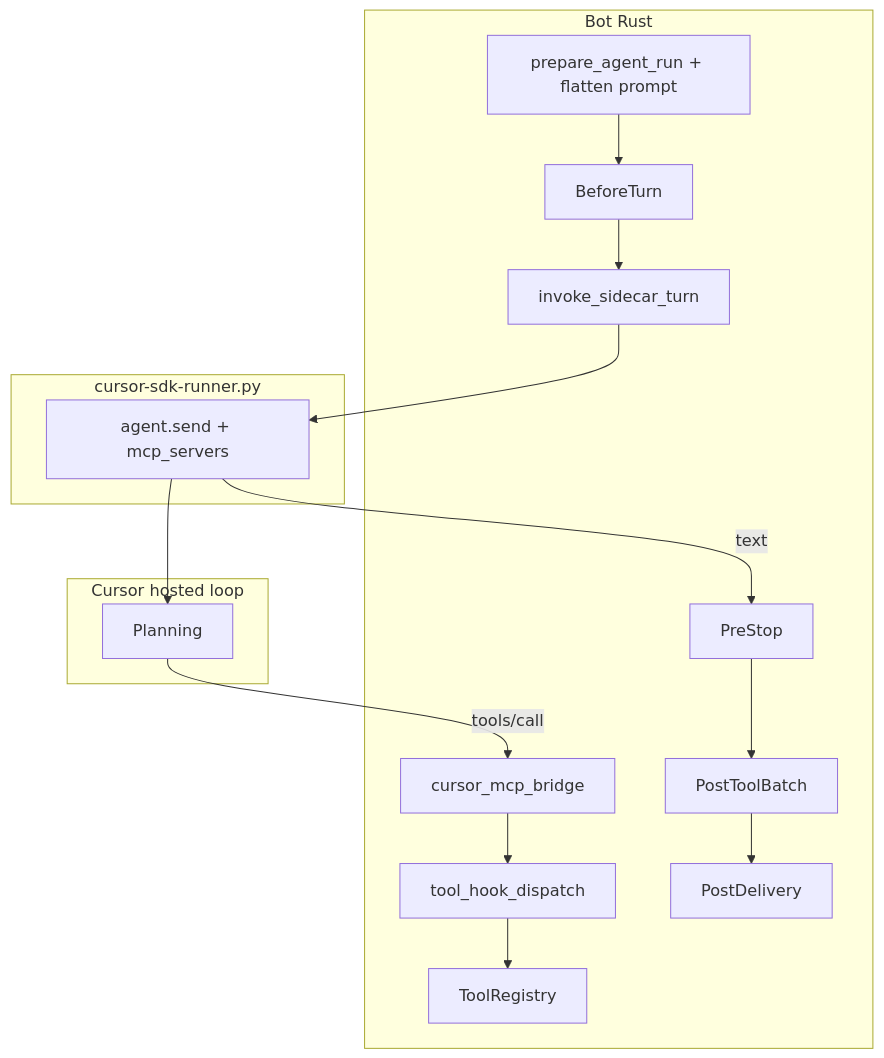
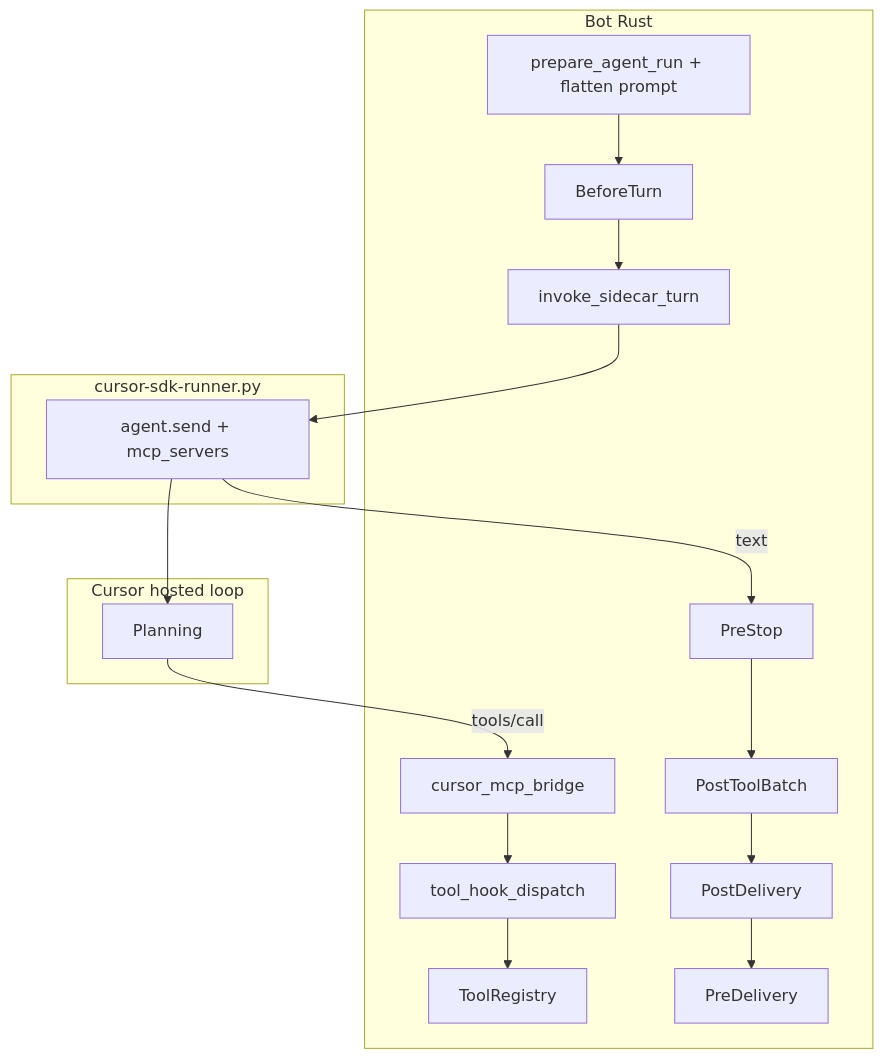
One commit to kenpyfin/finally_a_value_bot changed the diagram in docs/cursor-engine-integration.md. Above: the diagram before and after it, drawn with Mermaid. The commit also changed other lines of this file and 34 other files, not shown here.

````diff
--- a/docs/cursor-engine-integration.md
+++ b/docs/cursor-engine-integration.md
@@ -69,28 +69,30 @@
 ```mermaid
 flowchart TB
   subgraph rust [Bot Rust]
     Prep[prepare_agent_run + flatten prompt]
     BT[BeforeTurn]
     MCP[cursor_mcp_bridge]
     TH[tool_hook_dispatch]
     TR[ToolRegistry]
     PS[PreStop]
     PB[PostToolBatch]
     PD[PostDelivery]
+    PreD[PreDelivery]
     Prep --> BT
     BT --> Sidecar
   end
   subgraph sidecar [cursor-sdk-runner.py]
     Send[agent.send + mcp_servers]
   end
   subgraph cursor [Cursor hosted loop]
     Plan[Planning]
   end
   Sidecar[invoke_sidecar_turn] --> Send
   Send --> Plan
   Plan -->|tools/call| MCP
   MCP --> TH --> TR
   Send -->|text| PS
   PS --> PB
   PB --> PD
+  PD --> PreD
 ```
````
